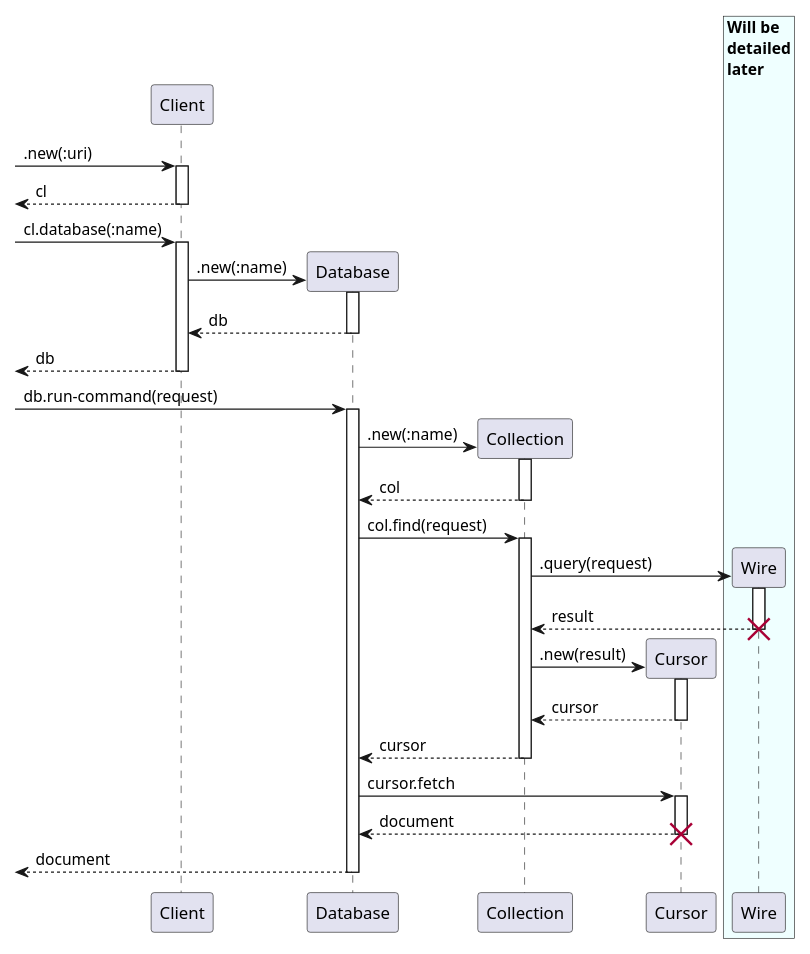
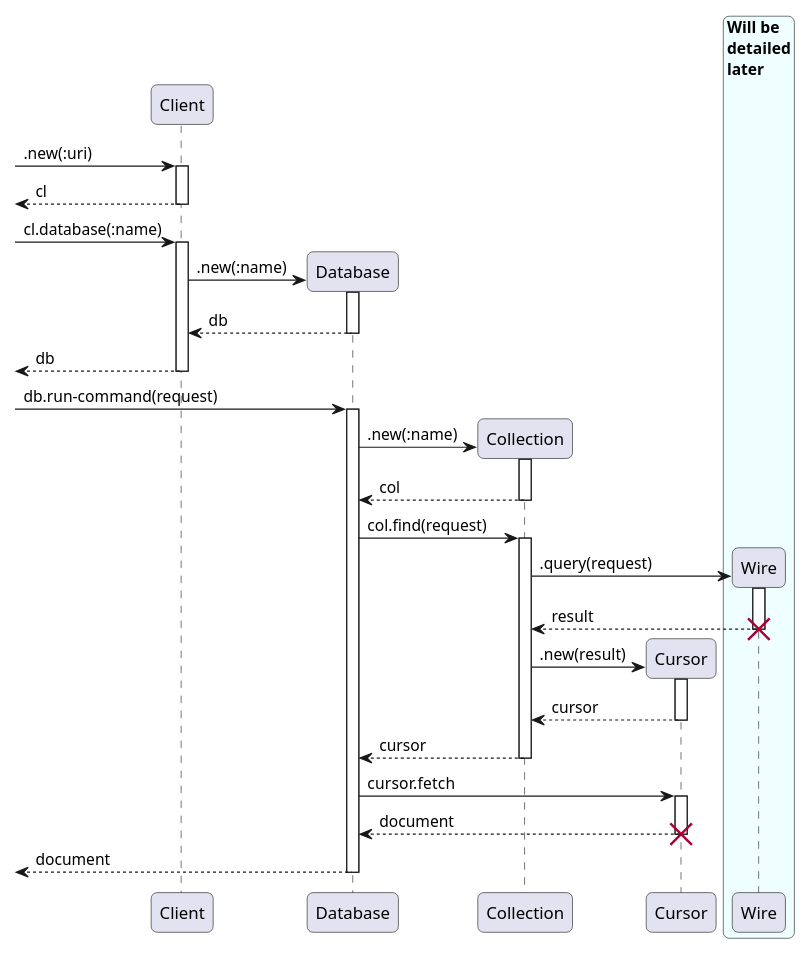
Before and after one commit to MARTIMM/raku-mongodb-driver: the diagram in doc/uml/DBIO-interact01.md, drawn with PlantUML. The commit also changed 13 other files, not shown here.

Commit message:
modified uml diagrams

````diff
--- a/doc/uml/DBIO-interact01.md
+++ b/doc/uml/DBIO-interact01.md
@@ -1,60 +1,61 @@
 ```plantuml
 @startuml
 scale 0.8
 
+skinparam roundcorner 10
 skinparam sequence {
 '  LifeLineBorderColor blue
   LifeLineBackgroundColor #fff
 }
 
 'box "never\nending" #efffff
 '  participant Wire
 'end box
 
 'participant "User Application" as Application
 'activate Application
 
 participant Client
 participant Database
 participant Collection
 participant Cursor
 box "Will be\ndetailed\nlater" #efffff
   participant Wire
 end box
 
 -> Client ++: .new(:uri)
 create Client
 return cl
 
 
 -> Client ++: cl.database(:name)
 create Database
 Client -> Database ++: .new(:name)
 return db
 return db
 
 -> Database ++: db.run-command(request)
 create Collection
 Database -> Collection ++: .new(:name)
 return col
 Database -> Collection ++: col.find(request)
 
 create Wire
 Collection -> Wire ++: .query(request)
 return result
 destroy Wire
 
 create Cursor
 Collection -> Cursor ++: .new(result)
 return cursor
 
 return cursor
 
 Database -> Cursor ++: cursor.fetch
 return document
 
 destroy Cursor
 return document
 
 @enduml
 ```
````
